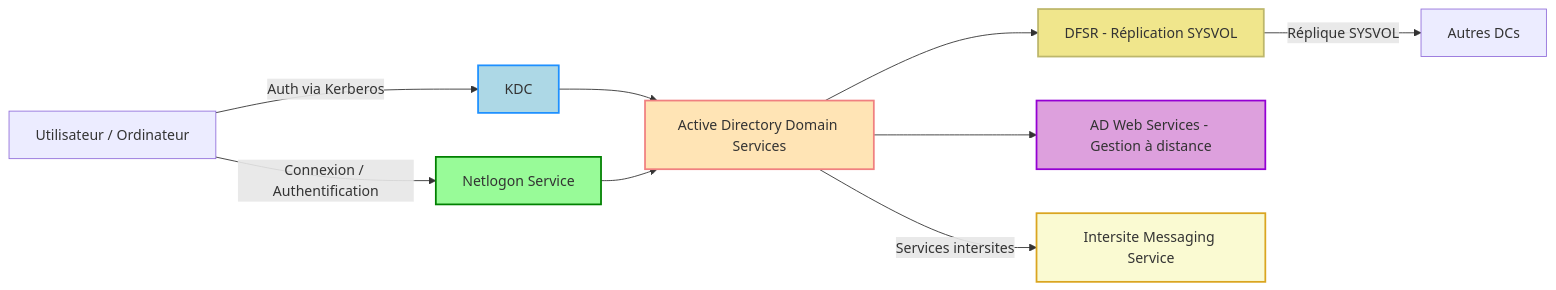
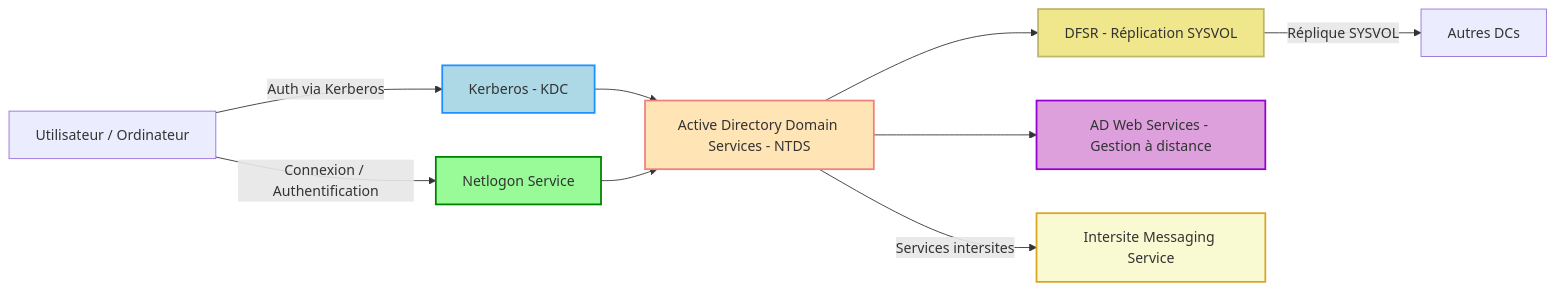
One commit to CollegeBoreal/INF1084-202-25A-03 changed the diagram in 5.Services/README.md. Above: the diagram before and after it, drawn with Mermaid.

````diff
--- a/5.Services/README.md
+++ b/5.Services/README.md
@@ -57,18 +57,18 @@
 ```mermaid
 flowchart LR
-    A[Utilisateur / Ordinateur] -->|Auth via Kerberos| KDC
+    A[Utilisateur / Ordinateur] -->|Auth via Kerberos| KDC[Kerberos - KDC]
     A -->|Connexion / Authentification| Netlogon[Netlogon Service]
-    KDC --> NTDS[Active Directory Domain Services]
+    KDC --> NTDS[Active Directory Domain Services - NTDS]
     Netlogon --> NTDS
     NTDS --> DFSR[DFSR - Réplication SYSVOL]
     NTDS --> ADWS[AD Web Services - Gestion à distance]
     DFSR -->|Réplique SYSVOL| NTDS_Other[Autres DCs]
     NTDS -->|Services intersites| IsmServ[Intersite Messaging Service]
     
     style NTDS fill:#ffe4b5,stroke:#f08080,stroke-width:2px
     style KDC fill:#add8e6,stroke:#1e90ff,stroke-width:2px
     style Netlogon fill:#98fb98,stroke:#008000,stroke-width:2px
     style DFSR fill:#f0e68c,stroke:#bdb76b,stroke-width:2px
     style ADWS fill:#dda0dd,stroke:#9400d3,stroke-width:2px
     style IsmServ fill:#fafad2,stroke:#daa520,stroke-width:2px
 ```
````
